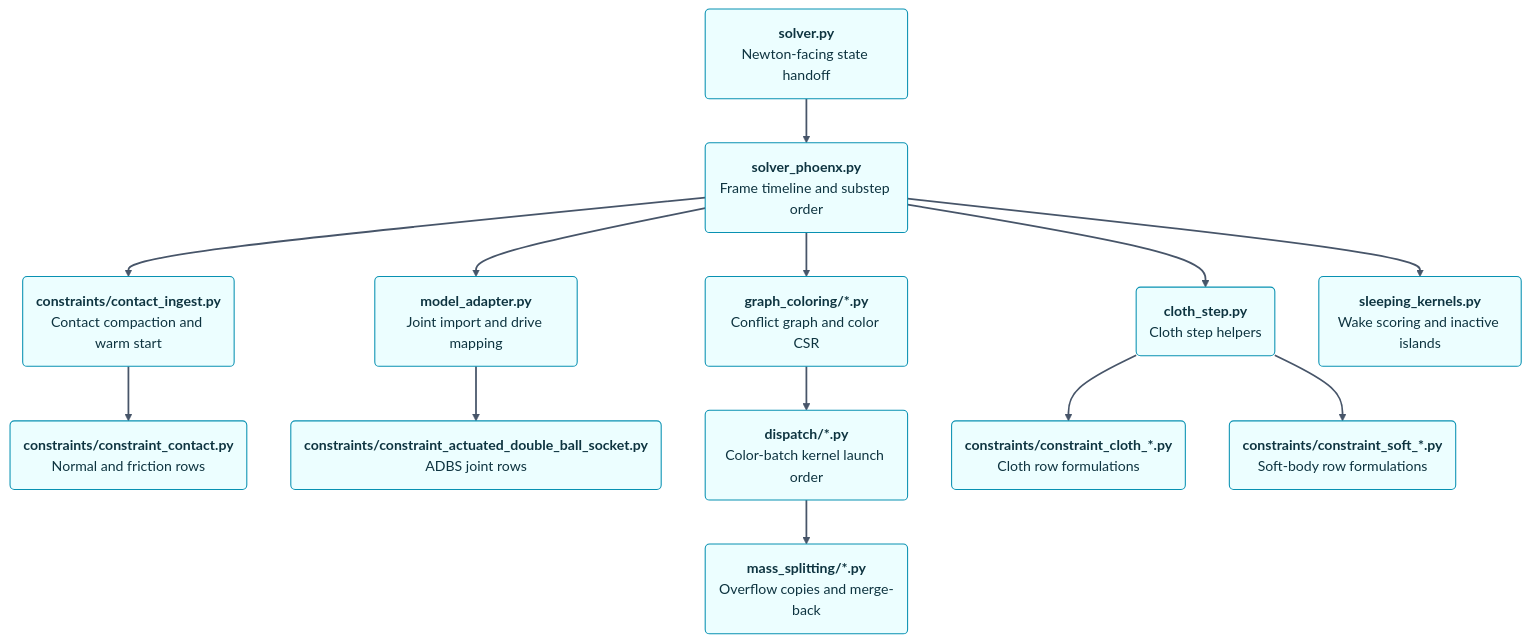
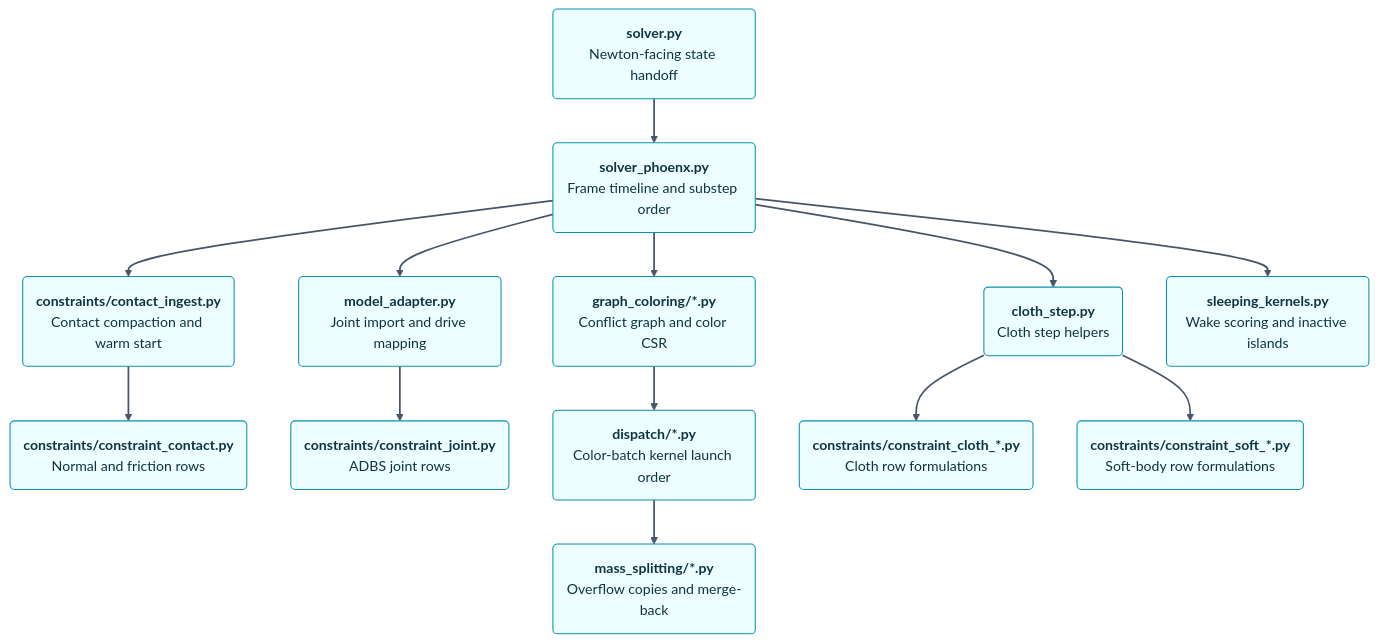
Before and after one commit to nvtw/newton: the fifth of 6 diagrams in newton/_src/solvers/phoenx/README.md, drawn with Mermaid. The commit also changed 13 other files, not shown here.

First line of the commit message:
Rename PhoenX joint constraint module

````diff
--- a/newton/_src/solvers/phoenx/README.md
+++ b/newton/_src/solvers/phoenx/README.md
@@ -182,41 +182,41 @@
 ```mermaid
 flowchart TD
     classDef file fill:#ecfeff,stroke:#0891b2,stroke-width:1.2px,color:#0e3440
     A("<b>solver.py</b><br/>Newton-facing state handoff"):::file
     B("<b>solver_phoenx.py</b><br/>Frame timeline and substep order"):::file
     C("<b>constraints/contact_ingest.py</b><br/>Contact compaction and warm start"):::file
     D("<b>constraints/constraint_contact.py</b><br/>Normal and friction rows"):::file
     E("<b>model_adapter.py</b><br/>Joint import and drive mapping"):::file
-    F("<b>constraints/constraint_actuated_double_ball_socket.py</b><br/>ADBS joint rows"):::file
+    F("<b>constraints/constraint_joint.py</b><br/>ADBS joint rows"):::file
     G("<b>graph_coloring/*.py</b><br/>Conflict graph and color CSR"):::file
     H("<b>dispatch/*.py</b><br/>Color-batch kernel launch order"):::file
     I("<b>cloth_step.py</b><br/>Cloth step helpers"):::file
     J("<b>constraints/constraint_cloth_*.py</b><br/>Cloth row formulations"):::file
     K("<b>constraints/constraint_soft_*.py</b><br/>Soft-body row formulations"):::file
     L("<b>mass_splitting/*.py</b><br/>Overflow copies and merge-back"):::file
     M("<b>sleeping_kernels.py</b><br/>Wake scoring and inactive islands"):::file
     A --> B
     B --> C
     C --> D
     B --> E
     E --> F
     B --> G
     G --> H
     B --> I
     I --> J
     I --> K
     H --> L
     B --> M
     linkStyle 0 stroke:#475569,stroke-width:2px
     linkStyle 1 stroke:#475569,stroke-width:2px
     linkStyle 2 stroke:#475569,stroke-width:2px
     linkStyle 3 stroke:#475569,stroke-width:2px
     linkStyle 4 stroke:#475569,stroke-width:2px
     linkStyle 5 stroke:#475569,stroke-width:2px
     linkStyle 6 stroke:#475569,stroke-width:2px
     linkStyle 7 stroke:#475569,stroke-width:2px
     linkStyle 8 stroke:#475569,stroke-width:2px
     linkStyle 9 stroke:#475569,stroke-width:2px
     linkStyle 10 stroke:#475569,stroke-width:2px
     linkStyle 11 stroke:#475569,stroke-width:2px
 ```
````
